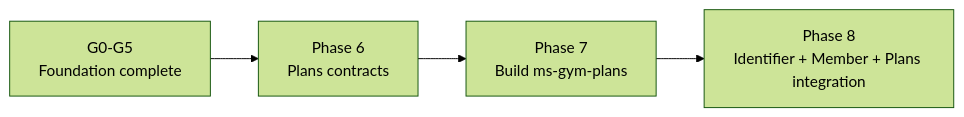
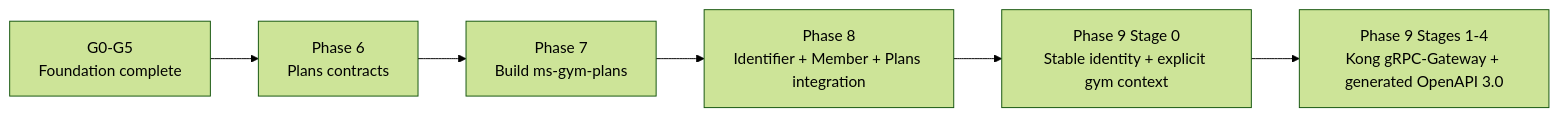
Before and after one commit to pploc/gym-architect: the first of 2 diagrams in PLAN.md, drawn with Mermaid (forest theme). The commit also changed other lines of this file and 23 other files, not shown here.

````diff
--- a/PLAN.md
+++ b/PLAN.md
@@ -33,6 +33,8 @@
 ```mermaid
 flowchart LR
     F[G0-G5<br/>Foundation complete] --> C[Phase 6<br/>Plans contracts]
     C --> P[Phase 7<br/>Build ms-gym-plans]
     P --> I[Phase 8<br/>Identifier + Member + Plans integration]
+    I --> S[Phase 9 Stage 0<br/>Stable identity + explicit gym context]
+    S --> G[Phase 9 Stages 1-4<br/>Kong gRPC-Gateway + generated OpenAPI 3.0]
 ```
````
